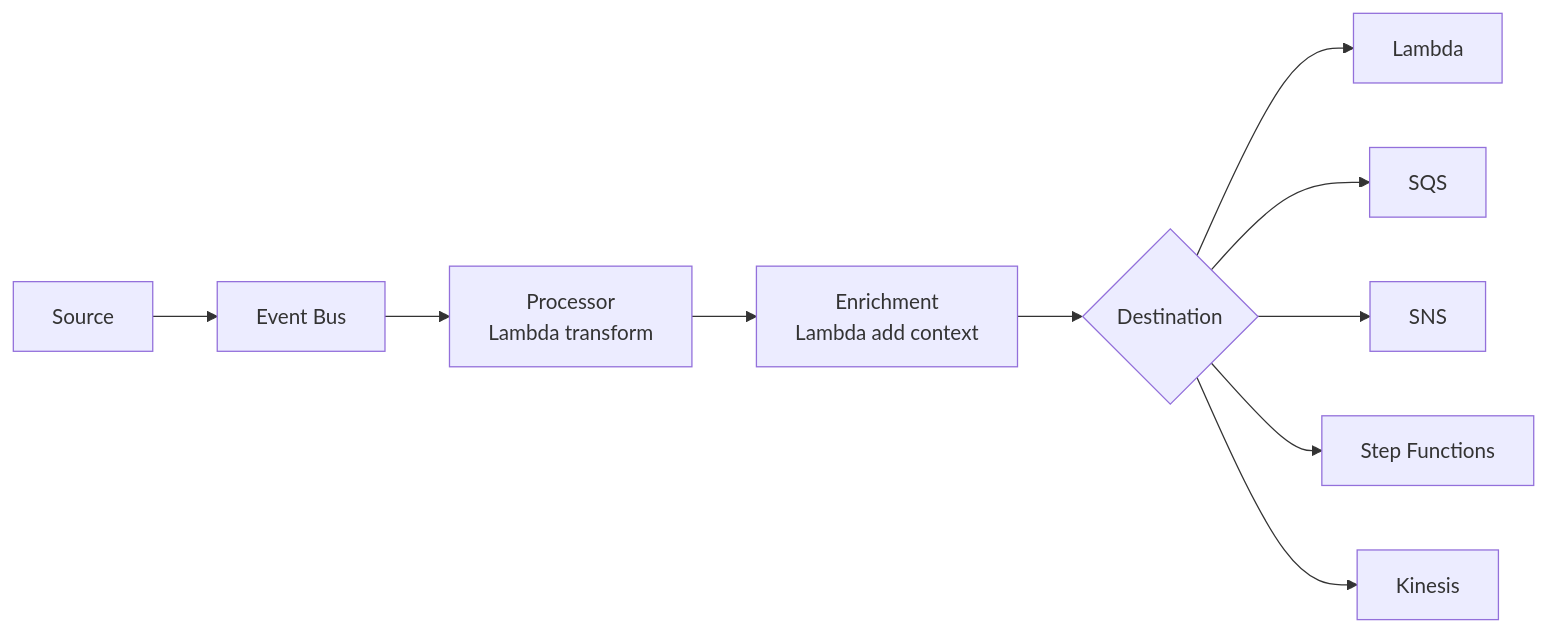
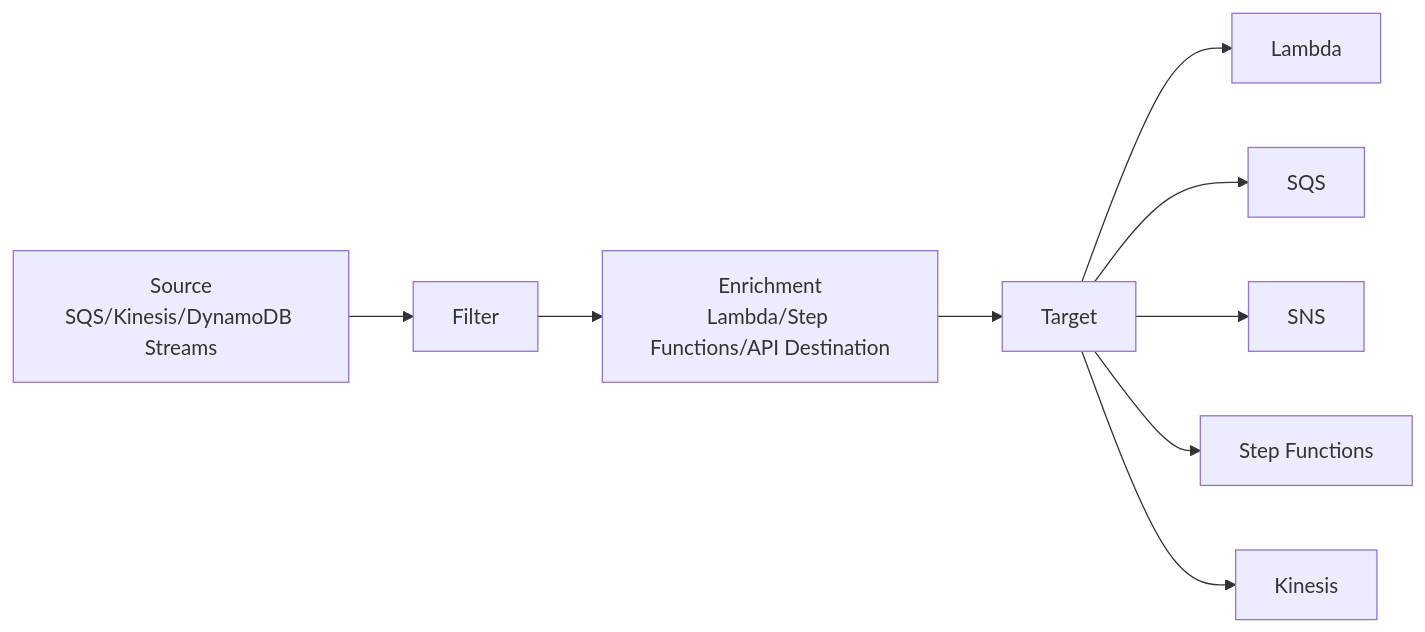
Before and after one commit to AlexanderBesss/AWS_best_praactices: the second of 2 diagrams in Serverless/EventBridge-Best-Practices.md, drawn with Mermaid. The commit also changed other lines of this file and 26 other files, not shown here.

````diff
--- a/Serverless/EventBridge-Best-Practices.md
+++ b/Serverless/EventBridge-Best-Practices.md
@@ -193,12 +195,11 @@
 ```mermaid
 flowchart LR
-    A[Source] --> B[Event Bus]
-    B --> C[Processor\nLambda transform]
-    C --> D[Enrichment\nLambda add context]
-    D --> E{Destination}
-    E --> F1[Lambda]
-    E --> F2[SQS]
-    E --> F3[SNS]
-    E --> F4[Step Functions]
-    E --> F5[Kinesis]
+    A[Source\nSQS/Kinesis/DynamoDB Streams] --> B[Filter]
+    B --> C[Enrichment\nLambda/Step Functions/API Destination]
+    C --> D[Target]
+    D --> F1[Lambda]
+    D --> F2[SQS]
+    D --> F3[SNS]
+    D --> F4[Step Functions]
+    D --> F5[Kinesis]
 ```
````
